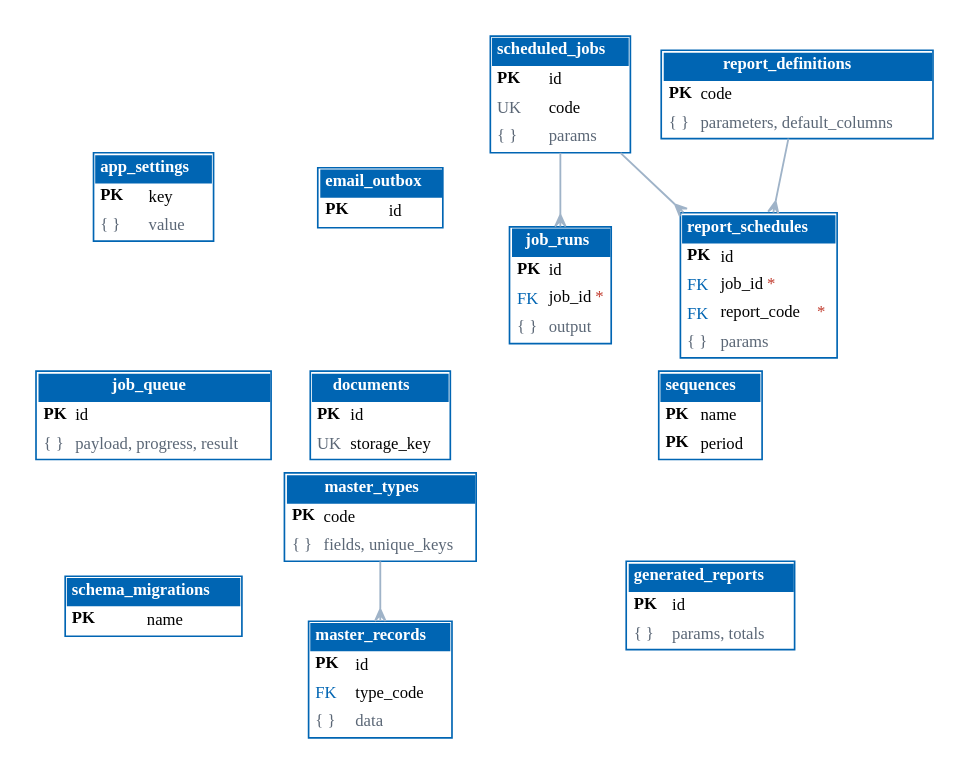
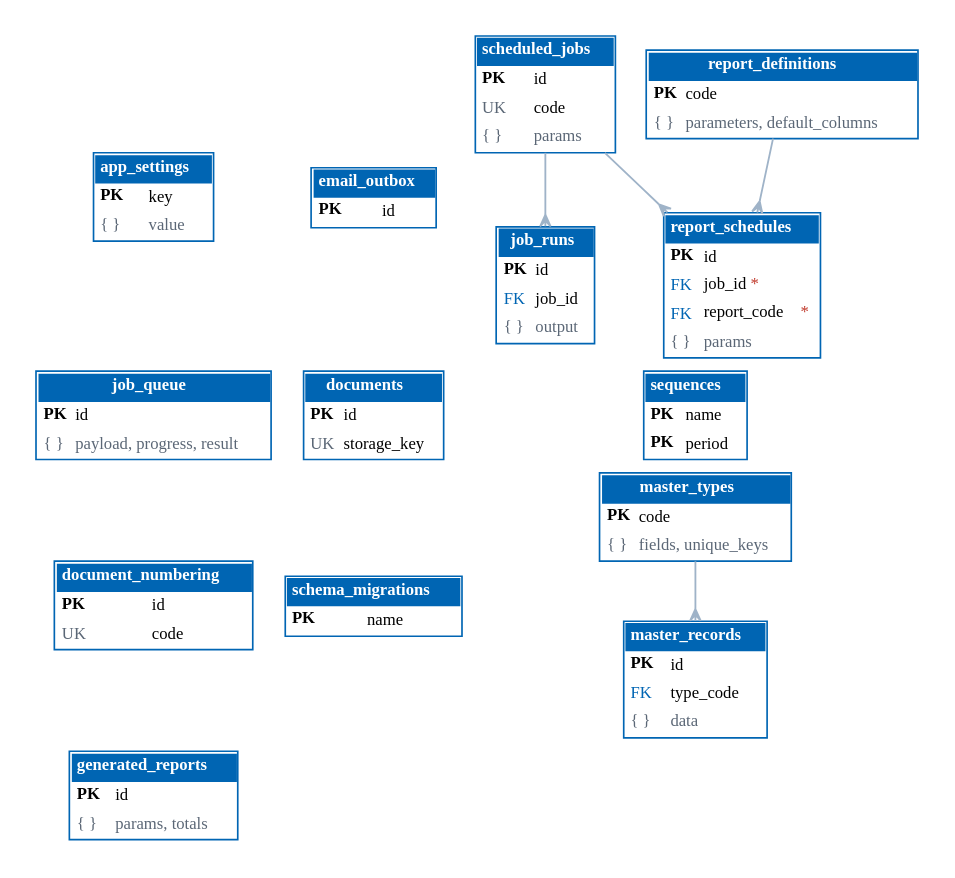
The diagram in docs/architecture/diagrams/er_platform.dot (IortaTexhNXT-DEV/BDOI-OOTB), drawn with Graphviz before and after one commit. The commit also changed 47 other files, not shown here.

First line of the commit message:
Architecture: refresh the database snapshot, table catalogue and ER diagrams

```diff
--- a/docs/architecture/diagrams/er_platform.dot
+++ b/docs/architecture/diagrams/er_platform.dot
@@ -1,23 +1,24 @@
 // Generated by tools/render_diagrams.py from tools/data/db_snapshot.json: Configuration and platform services. Do not edit by hand.
 digraph ER {
   graph [rankdir=TB, splines=true, nodesep=0.25, ranksep=0.5, fontname="Nunito", bgcolor="white", pad=0.2, pack=true, packmode="array_u3"];
   node [shape=plain, fontname="Nunito", fontsize=10];
   edge [color="#9FB3C8", arrowhead=crow, arrowtail=none, dir=both, arrowsize=0.7, penwidth=1.1];
   "app_settings" [label=<<table border="1" cellborder="0" cellspacing="0" cellpadding="3" color="#0065B3"><tr><td colspan="2" bgcolor="#0065B3"><font color="white"><b>app_settings</b></font></td></tr><tr><td align="left" balign="left"><b>PK</b></td><td align="left">key</td></tr><tr><td align="left"><font color="#5B6776">{ }</font></td><td align="left"><font color="#5B6776">value</font></td></tr></table>>];
   "email_outbox" [label=<<table border="1" cellborder="0" cellspacing="0" cellpadding="3" color="#0065B3"><tr><td colspan="2" bgcolor="#0065B3"><font color="white"><b>email_outbox</b></font></td></tr><tr><td align="left" balign="left"><b>PK</b></td><td align="left">id</td></tr></table>>];
   "scheduled_jobs" [label=<<table border="1" cellborder="0" cellspacing="0" cellpadding="3" color="#0065B3"><tr><td colspan="2" bgcolor="#0065B3"><font color="white"><b>scheduled_jobs</b></font></td></tr><tr><td align="left" balign="left"><b>PK</b></td><td align="left">id</td></tr><tr><td align="left"><font color="#5B6776">UK</font></td><td align="left">code</td></tr><tr><td align="left"><font color="#5B6776">{ }</font></td><td align="left"><font color="#5B6776">params</font></td></tr></table>>];
-  "job_runs" [label=<<table border="1" cellborder="0" cellspacing="0" cellpadding="3" color="#0065B3"><tr><td colspan="2" bgcolor="#0065B3"><font color="white"><b>job_runs</b></font></td></tr><tr><td align="left" balign="left"><b>PK</b></td><td align="left">id</td></tr><tr><td align="left"><font color="#0065B3">FK</font></td><td align="left">job_id<font color="#C0392B">*</font></td></tr><tr><td align="left"><font color="#5B6776">{ }</font></td><td align="left"><font color="#5B6776">output</font></td></tr></table>>];
+  "job_runs" [label=<<table border="1" cellborder="0" cellspacing="0" cellpadding="3" color="#0065B3"><tr><td colspan="2" bgcolor="#0065B3"><font color="white"><b>job_runs</b></font></td></tr><tr><td align="left" balign="left"><b>PK</b></td><td align="left">id</td></tr><tr><td align="left"><font color="#0065B3">FK</font></td><td align="left">job_id</td></tr><tr><td align="left"><font color="#5B6776">{ }</font></td><td align="left"><font color="#5B6776">output</font></td></tr></table>>];
   "job_queue" [label=<<table border="1" cellborder="0" cellspacing="0" cellpadding="3" color="#0065B3"><tr><td colspan="2" bgcolor="#0065B3"><font color="white"><b>job_queue</b></font></td></tr><tr><td align="left" balign="left"><b>PK</b></td><td align="left">id</td></tr><tr><td align="left"><font color="#5B6776">{ }</font></td><td align="left"><font color="#5B6776">payload, progress, result</font></td></tr></table>>];
   "documents" [label=<<table border="1" cellborder="0" cellspacing="0" cellpadding="3" color="#0065B3"><tr><td colspan="2" bgcolor="#0065B3"><font color="white"><b>documents</b></font></td></tr><tr><td align="left" balign="left"><b>PK</b></td><td align="left">id</td></tr><tr><td align="left"><font color="#5B6776">UK</font></td><td align="left">storage_key</td></tr></table>>];
   "sequences" [label=<<table border="1" cellborder="0" cellspacing="0" cellpadding="3" color="#0065B3"><tr><td colspan="2" bgcolor="#0065B3"><font color="white"><b>sequences</b></font></td></tr><tr><td align="left" balign="left"><b>PK</b></td><td align="left">name</td></tr><tr><td align="left" balign="left"><b>PK</b></td><td align="left">period</td></tr></table>>];
+  "document_numbering" [label=<<table border="1" cellborder="0" cellspacing="0" cellpadding="3" color="#0065B3"><tr><td colspan="2" bgcolor="#0065B3"><font color="white"><b>document_numbering</b></font></td></tr><tr><td align="left" balign="left"><b>PK</b></td><td align="left">id</td></tr><tr><td align="left"><font color="#5B6776">UK</font></td><td align="left">code</td></tr></table>>];
   "schema_migrations" [label=<<table border="1" cellborder="0" cellspacing="0" cellpadding="3" color="#0065B3"><tr><td colspan="2" bgcolor="#0065B3"><font color="white"><b>schema_migrations</b></font></td></tr><tr><td align="left" balign="left"><b>PK</b></td><td align="left">name</td></tr></table>>];
   "master_types" [label=<<table border="1" cellborder="0" cellspacing="0" cellpadding="3" color="#0065B3"><tr><td colspan="2" bgcolor="#0065B3"><font color="white"><b>master_types</b></font></td></tr><tr><td align="left" balign="left"><b>PK</b></td><td align="left">code</td></tr><tr><td align="left"><font color="#5B6776">{ }</font></td><td align="left"><font color="#5B6776">fields, unique_keys</font></td></tr></table>>];
   "master_records" [label=<<table border="1" cellborder="0" cellspacing="0" cellpadding="3" color="#0065B3"><tr><td colspan="2" bgcolor="#0065B3"><font color="white"><b>master_records</b></font></td></tr><tr><td align="left" balign="left"><b>PK</b></td><td align="left">id</td></tr><tr><td align="left"><font color="#0065B3">FK</font></td><td align="left">type_code</td></tr><tr><td align="left"><font color="#5B6776">{ }</font></td><td align="left"><font color="#5B6776">data</font></td></tr></table>>];
   "report_definitions" [label=<<table border="1" cellborder="0" cellspacing="0" cellpadding="3" color="#0065B3"><tr><td colspan="2" bgcolor="#0065B3"><font color="white"><b>report_definitions</b></font></td></tr><tr><td align="left" balign="left"><b>PK</b></td><td align="left">code</td></tr><tr><td align="left"><font color="#5B6776">{ }</font></td><td align="left"><font color="#5B6776">parameters, default_columns</font></td></tr></table>>];
   "report_schedules" [label=<<table border="1" cellborder="0" cellspacing="0" cellpadding="3" color="#0065B3"><tr><td colspan="2" bgcolor="#0065B3"><font color="white"><b>report_schedules</b></font></td></tr><tr><td align="left" balign="left"><b>PK</b></td><td align="left">id</td></tr><tr><td align="left"><font color="#0065B3">FK</font></td><td align="left">job_id<font color="#C0392B">*</font></td></tr><tr><td align="left"><font color="#0065B3">FK</font></td><td align="left">report_code<font color="#C0392B">*</font></td></tr><tr><td align="left"><font color="#5B6776">{ }</font></td><td align="left"><font color="#5B6776">params</font></td></tr></table>>];
   "generated_reports" [label=<<table border="1" cellborder="0" cellspacing="0" cellpadding="3" color="#0065B3"><tr><td colspan="2" bgcolor="#0065B3"><font color="white"><b>generated_reports</b></font></td></tr><tr><td align="left" balign="left"><b>PK</b></td><td align="left">id</td></tr><tr><td align="left"><font color="#5B6776">{ }</font></td><td align="left"><font color="#5B6776">params, totals</font></td></tr></table>>];
   "master_types" -> "master_records";
   "report_definitions" -> "report_schedules";
   "scheduled_jobs" -> "job_runs";
   "scheduled_jobs" -> "report_schedules";
 }
```
